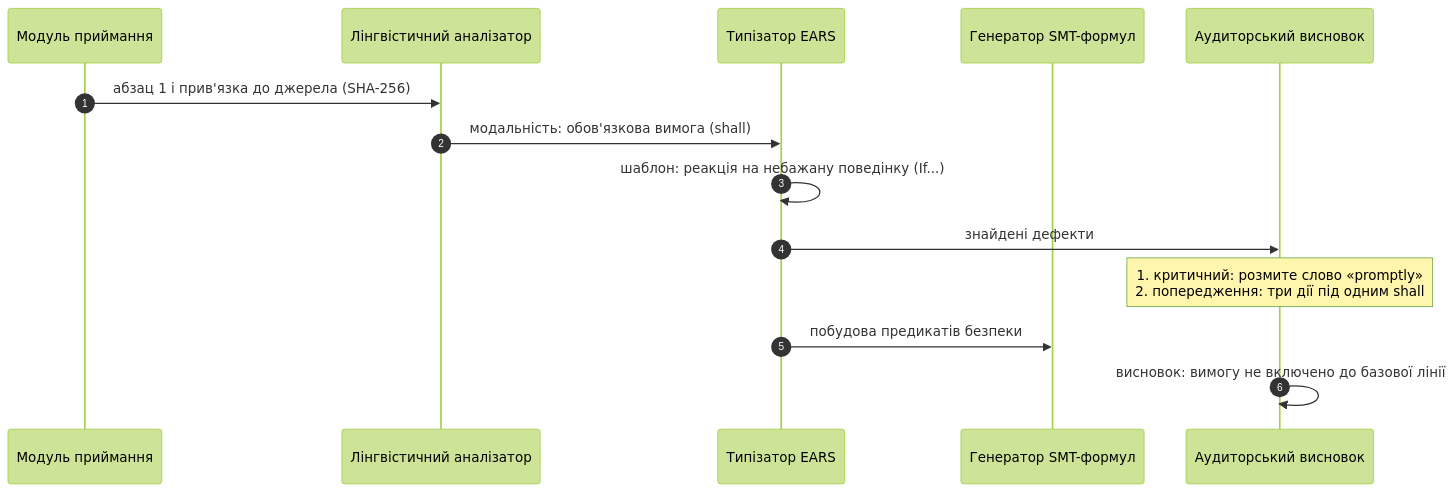
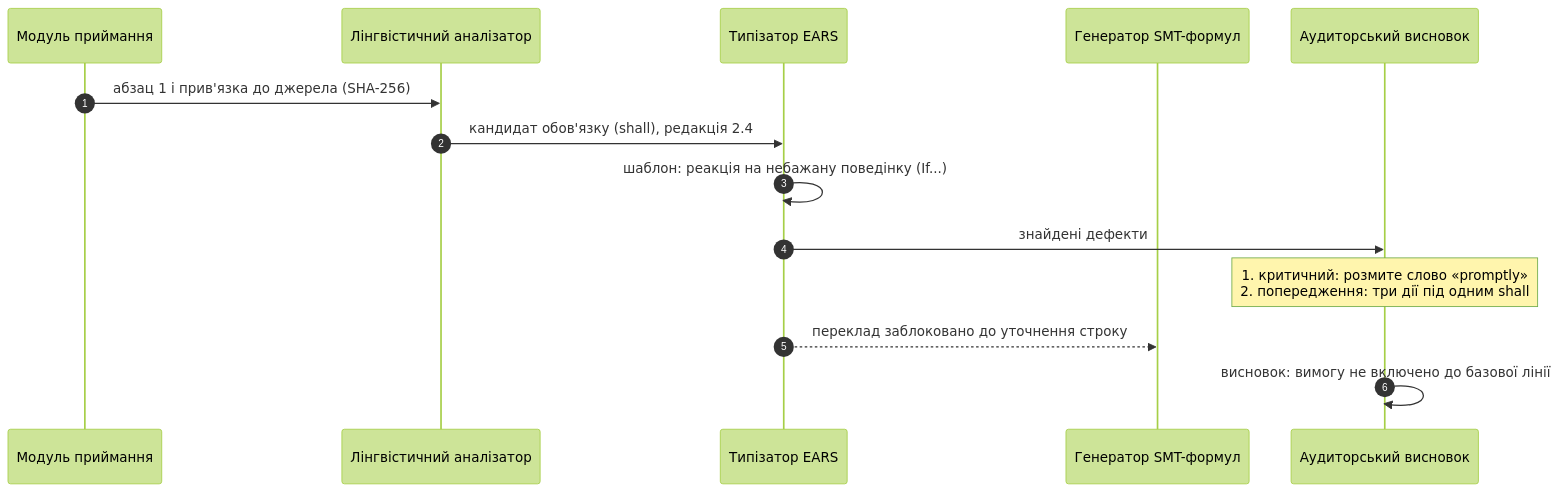
Before and after one commit to nick-fedchik/articles: the sixth of 6 diagrams in ExpertSystem/ch14-requirements-detection-and-formalization.md, drawn with Mermaid (forest theme). The commit also changed other lines of this file and 9 other files, not shown here.

````diff
--- a/ExpertSystem/ch14-requirements-detection-and-formalization.md
+++ b/ExpertSystem/ch14-requirements-detection-and-formalization.md
@@ -815,20 +1065,20 @@
 ```mermaid
 sequenceDiagram
-    accTitle: Послідовність аудиту вимоги ASIL C
+    accTitle: Послідовність аудиту чернетки R-14
     accDescr: Модуль приймання, лінгвістичний аналізатор, типізатор EARS і генератор SMT-формул послідовно обробляють вимогу й формують аудиторський висновок.
 
     autonumber
     participant Ingest as Модуль приймання
     participant Parser as Лінгвістичний аналізатор
     participant EARS as Типізатор EARS
     participant SMT as Генератор SMT-формул
     participant Audit as Аудиторський висновок
 
     Ingest->>Parser: абзац 1 і прив'язка до джерела (SHA-256)
-    Parser->>EARS: модальність: обов'язкова вимога (shall)
+    Parser->>EARS: кандидат обов'язку (shall), редакція 2.4
     EARS->>EARS: шаблон: реакція на небажану поведінку (If...)
     EARS->>Audit: знайдені дефекти
     Note over Audit: 1. критичний: розмите слово «promptly»<br/>2. попередження: три дії під одним shall
-    EARS->>SMT: побудова предикатів безпеки
+    EARS-->>SMT: переклад заблоковано до уточнення строку
     Audit->>Audit: висновок: вимогу не включено до базової лінії
 ```
````
